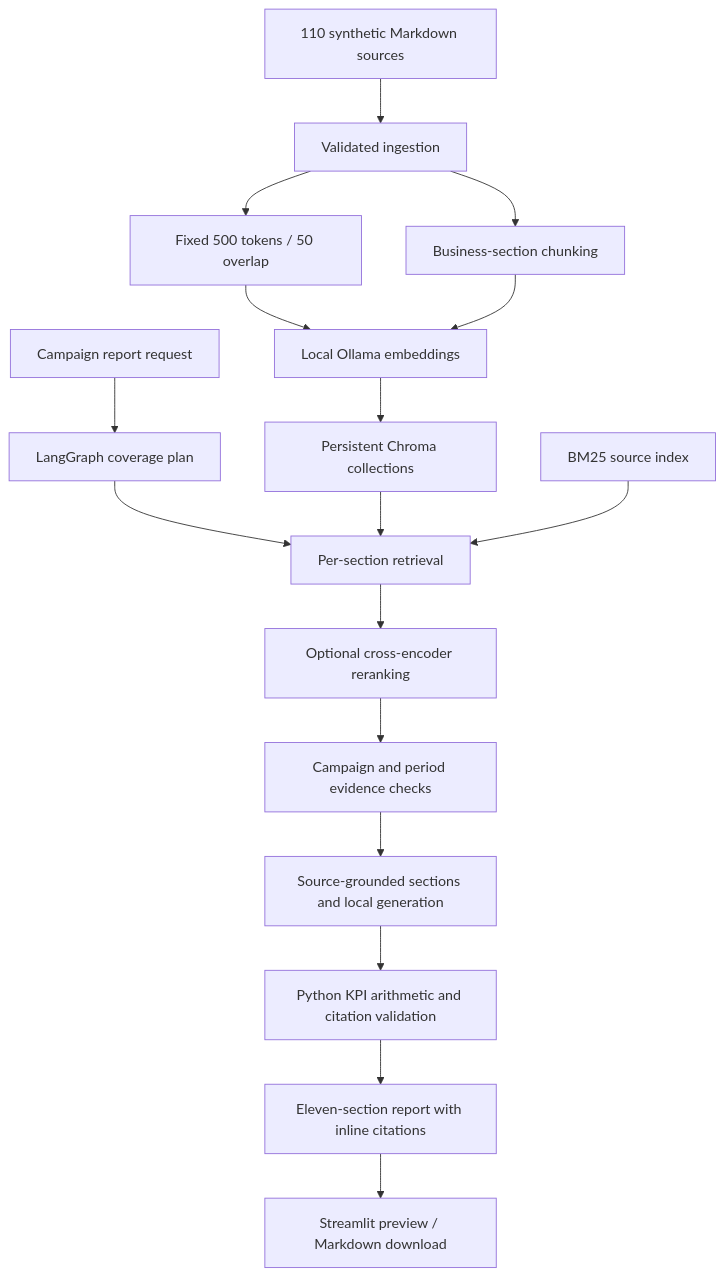
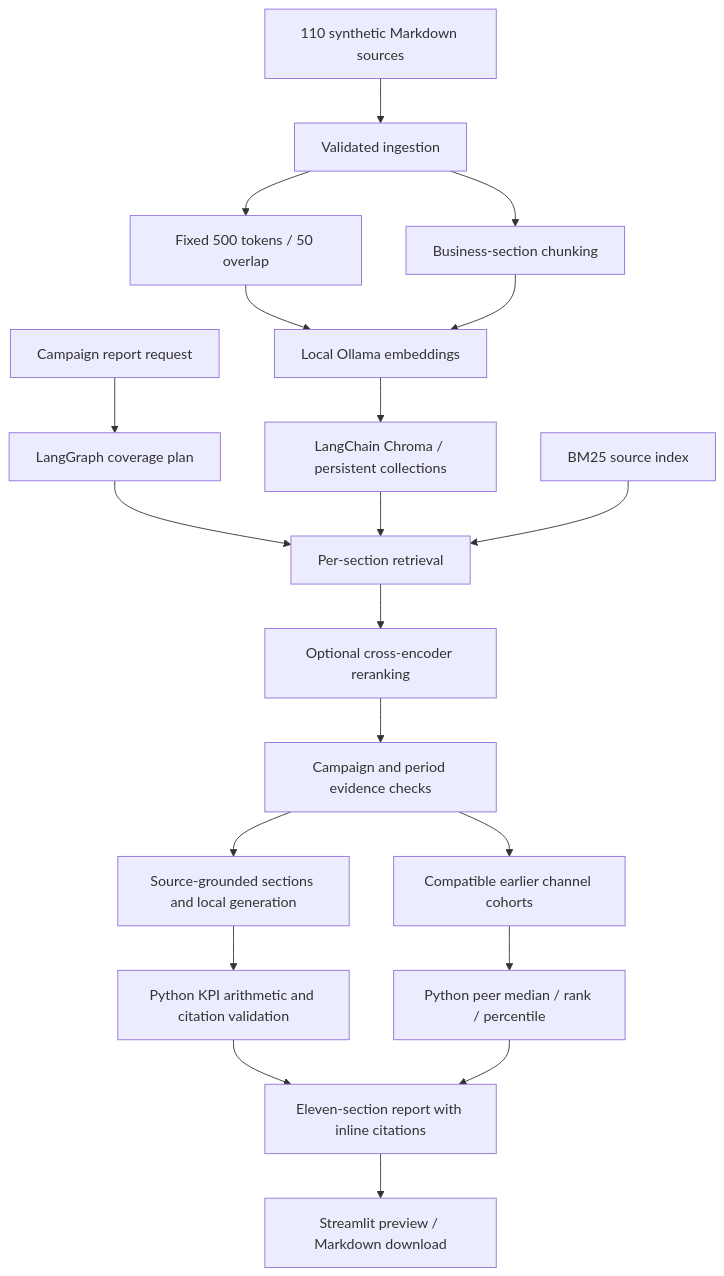
One commit to Chandra-P/Master_AgenticAI changed the diagram in Campaign-Intelligence-Hub/docs/architecture.md. Above: the diagram before and after it, drawn with Mermaid. The commit also changed other lines of this file and 107 other files, not shown here.

Commit message:
Use LangChain and add channel attribution and historical benchmarks

````diff
--- a/Campaign-Intelligence-Hub/docs/architecture.md
+++ b/Campaign-Intelligence-Hub/docs/architecture.md
@@ -3,19 +3,22 @@
 ```mermaid
 flowchart TD
     C[110 synthetic Markdown sources] --> I[Validated ingestion]
     I --> F[Fixed 500 tokens / 50 overlap]
     I --> S[Business-section chunking]
     F --> E[Local Ollama embeddings]
     S --> E
-    E --> D[Persistent Chroma collections]
+    E --> D[LangChain Chroma / persistent collections]
     U[Campaign report request] --> L[LangGraph coverage plan]
     L --> R[Per-section retrieval]
     D --> R
     B[BM25 source index] --> R
     R --> RR[Optional cross-encoder reranking]
     RR --> V[Campaign and period evidence checks]
     V --> G[Source-grounded sections and local generation]
     G --> K[Python KPI arithmetic and citation validation]
     K --> O[Eleven-section report with inline citations]
+    V --> H[Compatible earlier channel cohorts]
+    H --> P[Python peer median / rank / percentile]
+    P --> O
     O --> UI[Streamlit preview / Markdown download]
 ```
````
